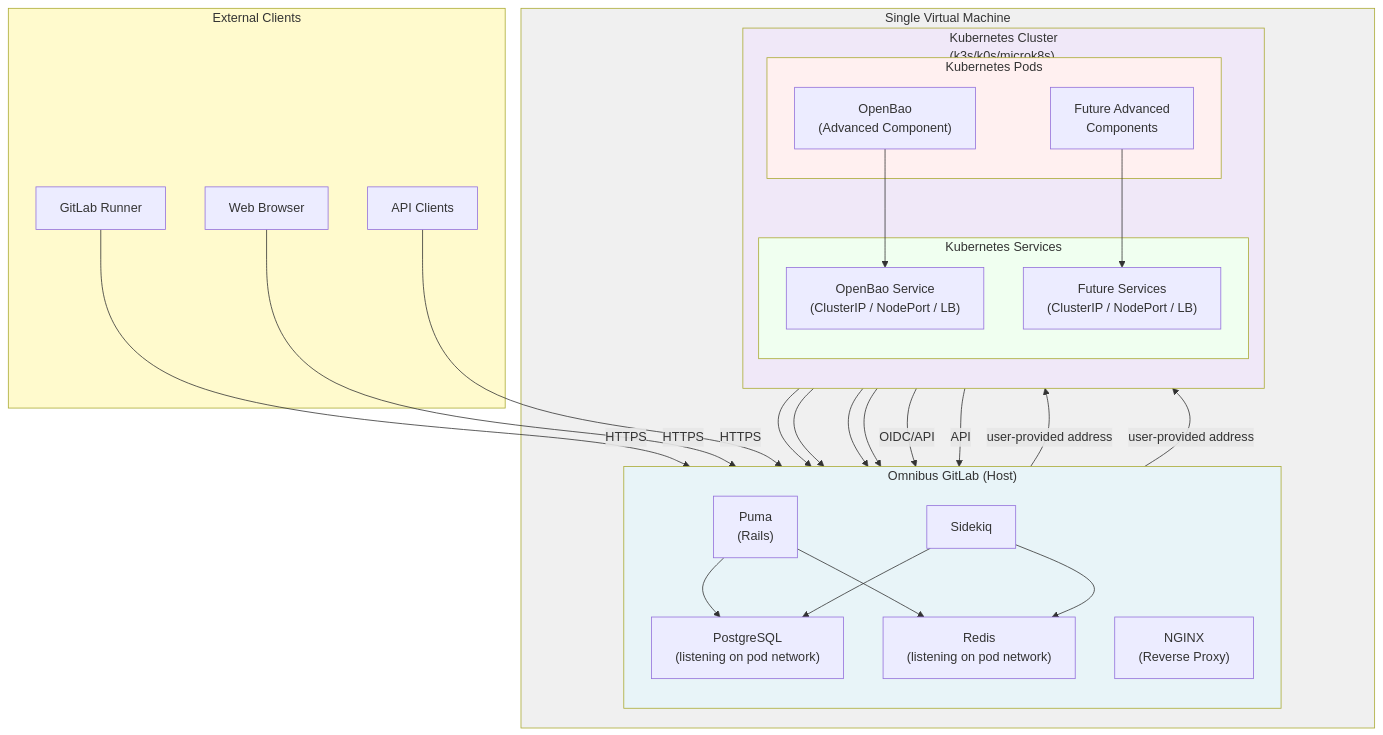
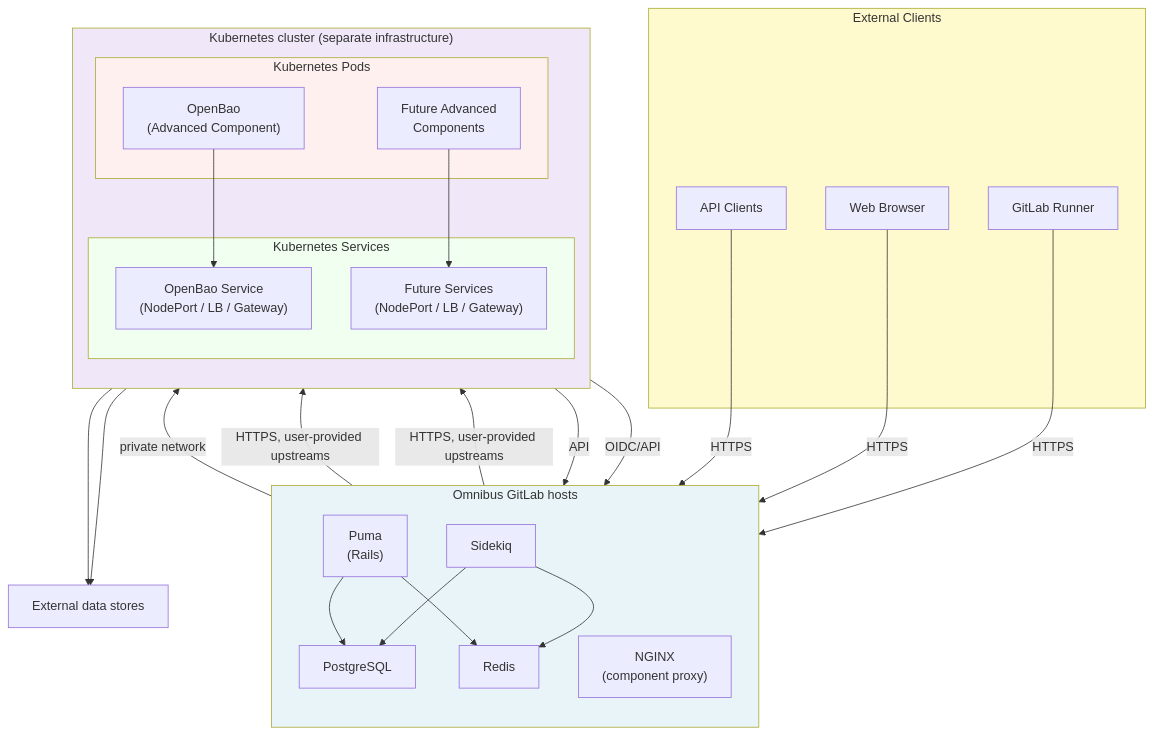
One commit to kyama0/gitlab-handbook-ja changed the diagram in content/handbook/engineering/architecture/design-documents/omnibus_adjacent_kubernetes/_index.md. Above: the diagram before and after it, drawn with Mermaid. The commit also changed other lines of this file and 45 other files, not shown here.

````diff
--- a/content/handbook/engineering/architecture/design-documents/omnibus_adjacent_kubernetes/_index.md
+++ b/content/handbook/engineering/architecture/design-documents/omnibus_adjacent_kubernetes/_index.md
@@ -206,62 +212,60 @@
 ```mermaid
 graph TB
-    subgraph VM["Single Virtual Machine"]
-        subgraph omnibus["Omnibus GitLab (Host)"]
-            direction TB
-            puma["Puma<br/>(Rails)"]
-            sidekiq["Sidekiq"]
-            nginx["NGINX<br/>(Reverse Proxy)"]
-            postgres["PostgreSQL<br/>(listening on pod network)"]
-            redis["Redis<br/>(listening on pod network)"]
-            
-            puma --> postgres
-            puma --> redis
-            sidekiq --> postgres
-            sidekiq --> redis
+    subgraph omnibus["Omnibus GitLab hosts"]
+        direction TB
+        puma["Puma<br/>(Rails)"]
+        sidekiq["Sidekiq"]
+        nginx["NGINX<br/>(component proxy)"]
+        postgres["PostgreSQL"]
+        redis["Redis"]
+
+        puma --> postgres
+        puma --> redis
+        sidekiq --> postgres
+        sidekiq --> redis
+    end
+
+    subgraph k8s["Kubernetes cluster (separate infrastructure)"]
+        direction TB
+        subgraph pods["Kubernetes Pods"]
+            openbao["OpenBao<br/>(Advanced Component)"]
+            future["Future Advanced<br/>Components"]
         end
-        
-        subgraph k8s["Kubernetes Cluster<br/>(k3s/k0s/microk8s)"]
-            direction TB
-            subgraph pods["Kubernetes Pods"]
-                openbao["OpenBao<br/>(Advanced Component)"]
-                future["Future Advanced<br/>Components"]
-            end
-            
-            subgraph services["Kubernetes Services"]
-                openbao_svc["OpenBao Service<br/>(ClusterIP / NodePort / LB)"]
-                future_svc["Future Services<br/>(ClusterIP / NodePort / LB)"]
-            end
-            
-            openbao --> openbao_svc
-            future --> future_svc
+
+        subgraph services["Kubernetes Services"]
+            openbao_svc["OpenBao Service<br/>(NodePort / LB / Gateway)"]
+            future_svc["Future Services<br/>(NodePort / LB / Gateway)"]
         end
-        
-        openbao --> postgres
-        openbao --> redis
-        future --> postgres
-        future --> redis
+
+        openbao --> openbao_svc
+        future --> future_svc
     end
-    
+
+    datastores["External data stores"]
+
     subgraph external["External Clients"]
         runner["GitLab Runner"]
         browser["Web Browser"]
         api["API Clients"]
     end
-    
+
     runner -->|HTTPS| nginx
     browser -->|HTTPS| nginx
     api -->|HTTPS| nginx
-    
-    nginx -->|user-provided address| openbao_svc
-    nginx -->|user-provided address| future_svc
-    
-    openbao -->|OIDC/API| puma
-    future -->|API| puma
-    
-    style VM fill:#f0f0f0
+
+    nginx -->|HTTPS, user-provided upstreams| openbao_svc
+    nginx -->|HTTPS, user-provided upstreams| future_svc
+    puma -->|private network| openbao_svc
+
+    openbao --> datastores
+    future --> datastores
+
+    openbao -->|OIDC/API| nginx
+    future -->|API| nginx
+
     style omnibus fill:#e8f4f8
     style k8s fill:#f0e8f8
     style pods fill:#fff0f0
     style services fill:#f0fff0
     style external fill:#fffacd
 ```
````
